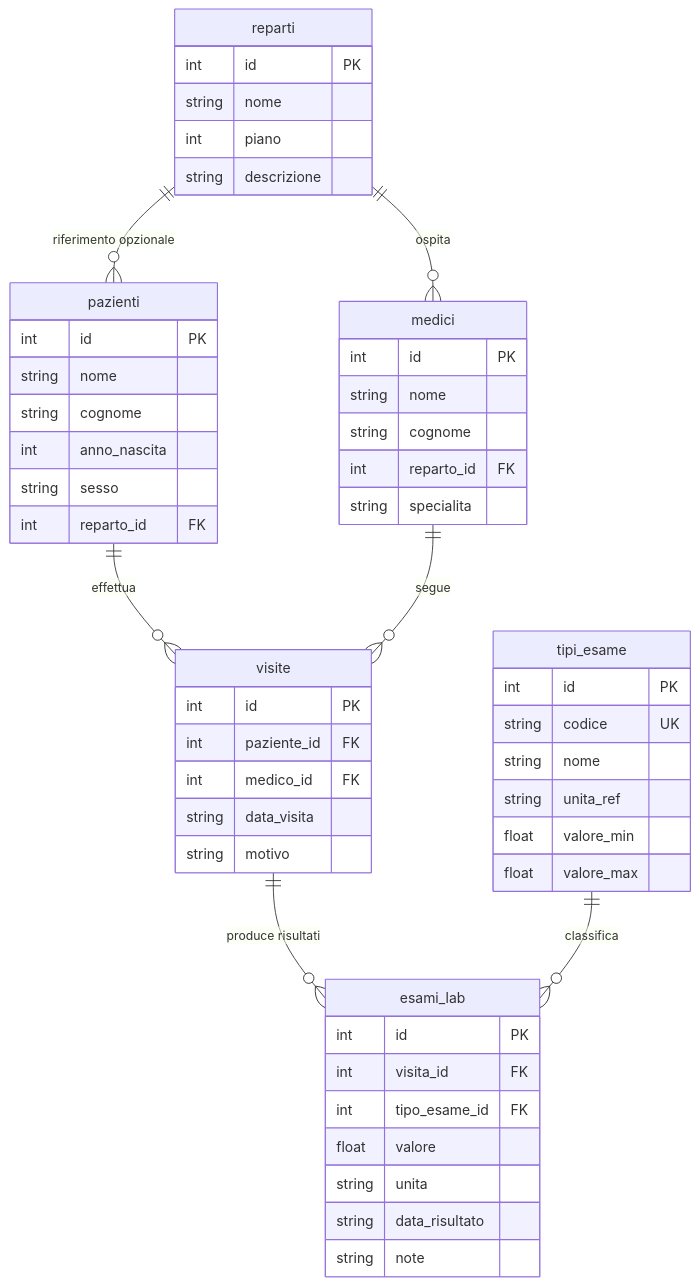
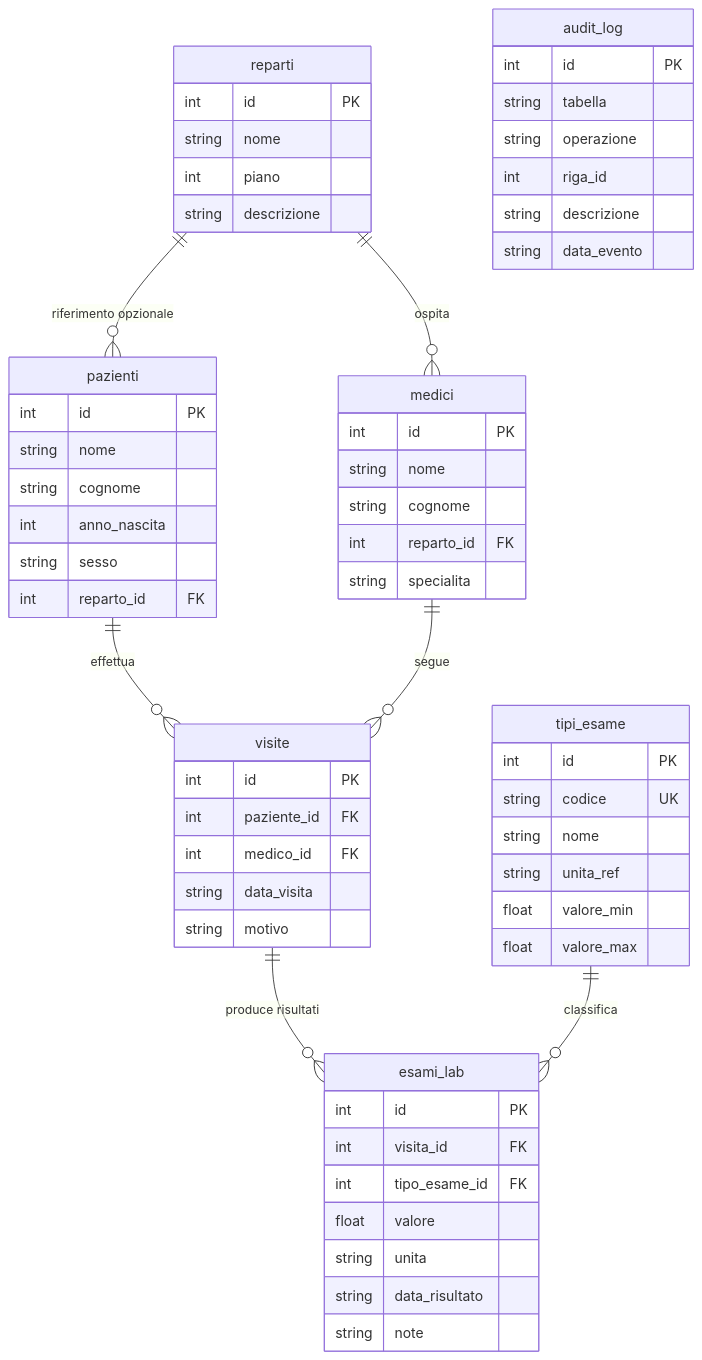
One commit to lucadagati/Lab_Fondamenti_di_Informatica_25_26 changed the first of 6 diagrams in 07-matlab-sqlite-database/README.md. Above: the diagram before and after it, drawn with Mermaid. The commit also changed other lines of this file and 18 other files, not shown here.

````diff
--- a/07-matlab-sqlite-database/README.md
+++ b/07-matlab-sqlite-database/README.md
@@ -166,54 +221,62 @@
 ```mermaid
 erDiagram
     reparti ||--o{ medici : "ospita"
     reparti ||--o{ pazienti : "riferimento opzionale"
     pazienti ||--o{ visite : "effettua"
     medici ||--o{ visite : "segue"
     visite ||--o{ esami_lab : "produce risultati"
     tipi_esame ||--o{ esami_lab : "classifica"
+    audit_log {
+        int id PK
+        string tabella
+        string operazione
+        int riga_id
+        string descrizione
+        string data_evento
+    }
     reparti {
         int id PK
         string nome
         int piano
         string descrizione
     }
     medici {
         int id PK
         string nome
         string cognome
         int reparto_id FK
         string specialita
     }
     pazienti {
         int id PK
         string nome
         string cognome
         int anno_nascita
         string sesso
         int reparto_id FK
     }
     tipi_esame {
         int id PK
         string codice UK
         string nome
         string unita_ref
         float valore_min
         float valore_max
     }
     visite {
         int id PK
         int paziente_id FK
         int medico_id FK
         string data_visita
         string motivo
     }
     esami_lab {
         int id PK
         int visita_id FK
         int tipo_esame_id FK
         float valore
         string unita
         string data_risultato
         string note
     }
 ```
````
